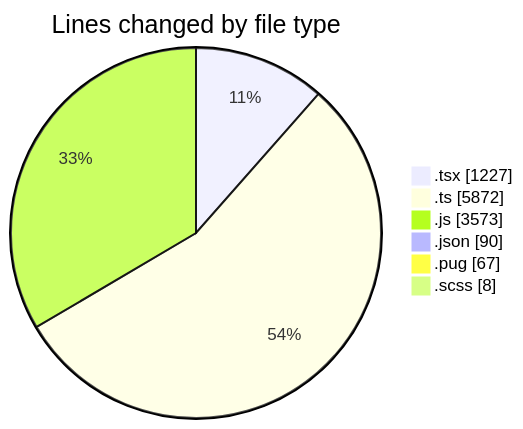
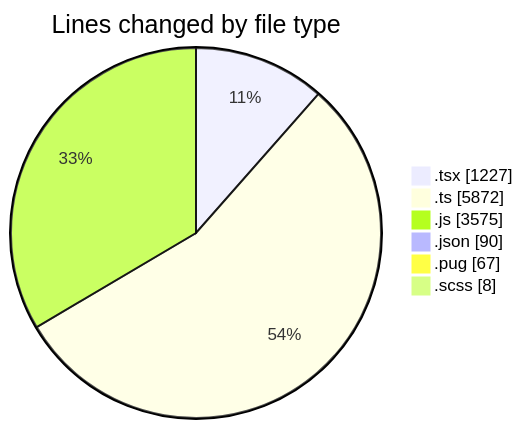
The first of 2 diagrams in 2025-03-24/cda/README.md (momahboobian/code-tracking), drawn with Mermaid before and after one commit. The commit also changed other lines of this file and 1 other file, not shown here.

````diff
--- a/2025-03-24/cda/README.md
+++ b/2025-03-24/cda/README.md
@@ -41,10 +41,10 @@
 ```mermaid
 pie showData
 title Lines changed by file type
 ".tsx" : 1227
 ".ts" : 5872
-".js" : 3573
+".js" : 3575
 ".json" : 90
 ".pug" : 67
 ".scss" : 8
 ```
````
